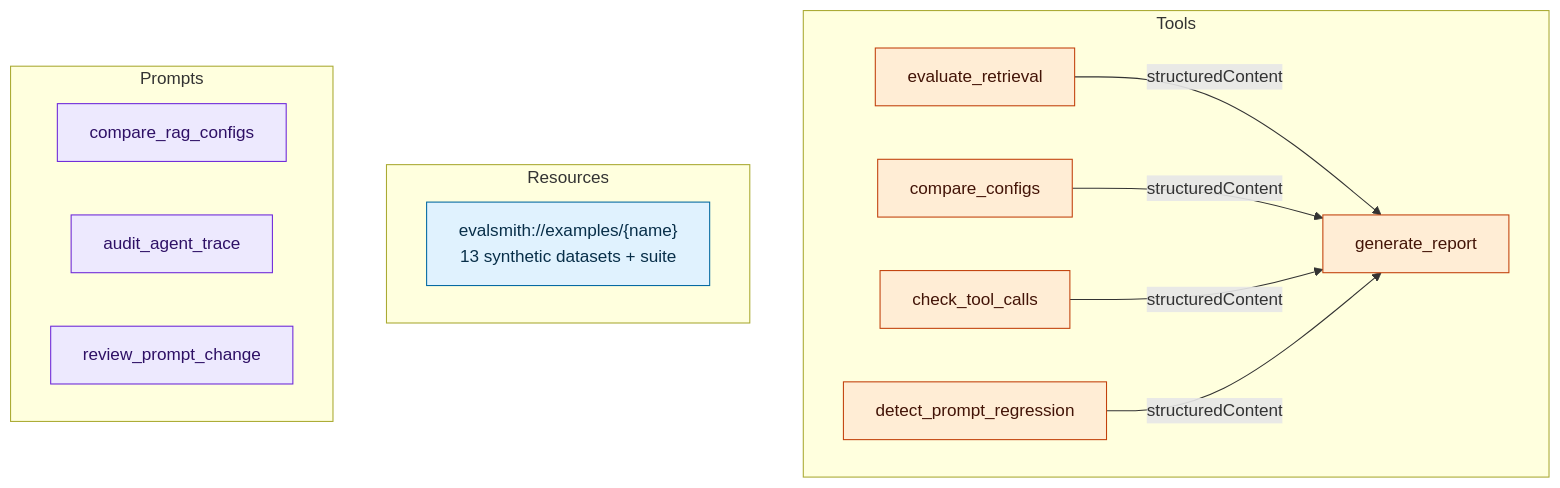
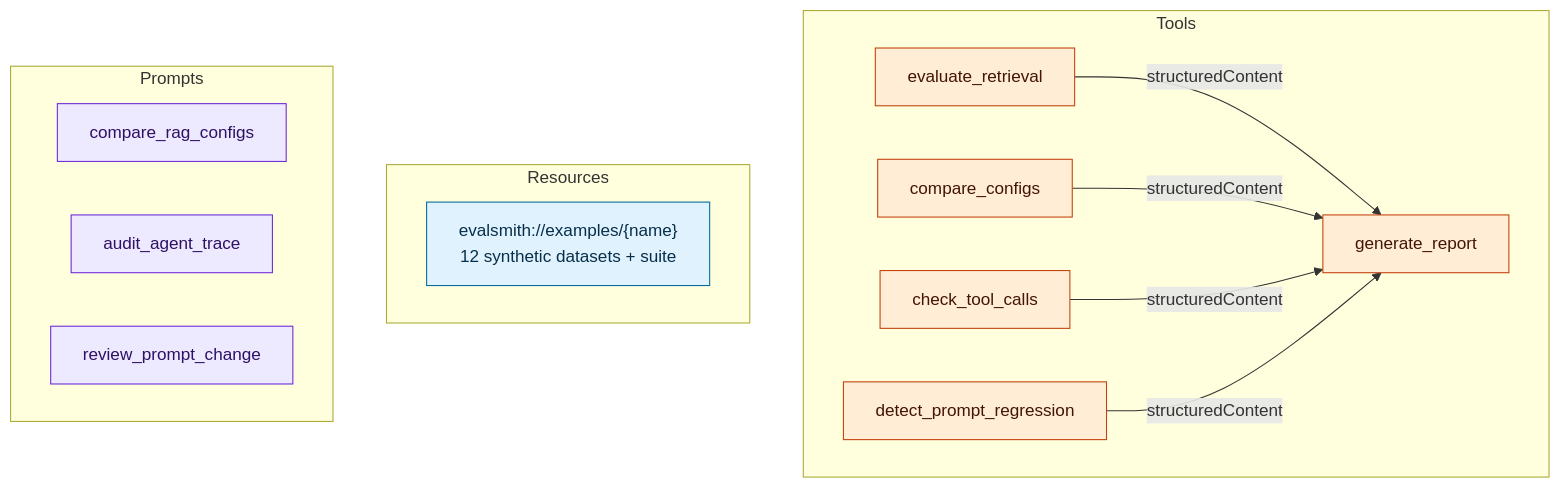
The second of 4 diagrams in README.md (diegoperezg7/evalsmith-mcp), drawn with Mermaid before and after one commit. The commit also changed other lines of this file and 12 other files, not shown here.

````diff
--- a/README.md
+++ b/README.md
@@ -62,28 +62,28 @@
 ```mermaid
 flowchart TB
     subgraph Tools
         T1[evaluate_retrieval]
         T2[compare_configs]
         T3[check_tool_calls]
         T4[detect_prompt_regression]
         T5[generate_report]
     end
     subgraph Resources
-        R1["evalsmith://examples/{name}<br/>13 synthetic datasets + suite"]
+        R1["evalsmith://examples/{name}<br/>12 synthetic datasets + suite"]
     end
     subgraph Prompts
         P1[compare_rag_configs]
         P2[audit_agent_trace]
         P3[review_prompt_change]
     end
     T1 -- structuredContent --> T5
     T2 -- structuredContent --> T5
     T3 -- structuredContent --> T5
     T4 -- structuredContent --> T5
     classDef tool fill:#ffedd5,stroke:#c2410c,color:#431407
     classDef res fill:#e0f2fe,stroke:#0369a1,color:#082f49
     classDef prom fill:#ede9fe,stroke:#6d28d9,color:#2e1065
     class T1,T2,T3,T4,T5 tool
     class R1 res
     class P1,P2,P3 prom
 ```
````
